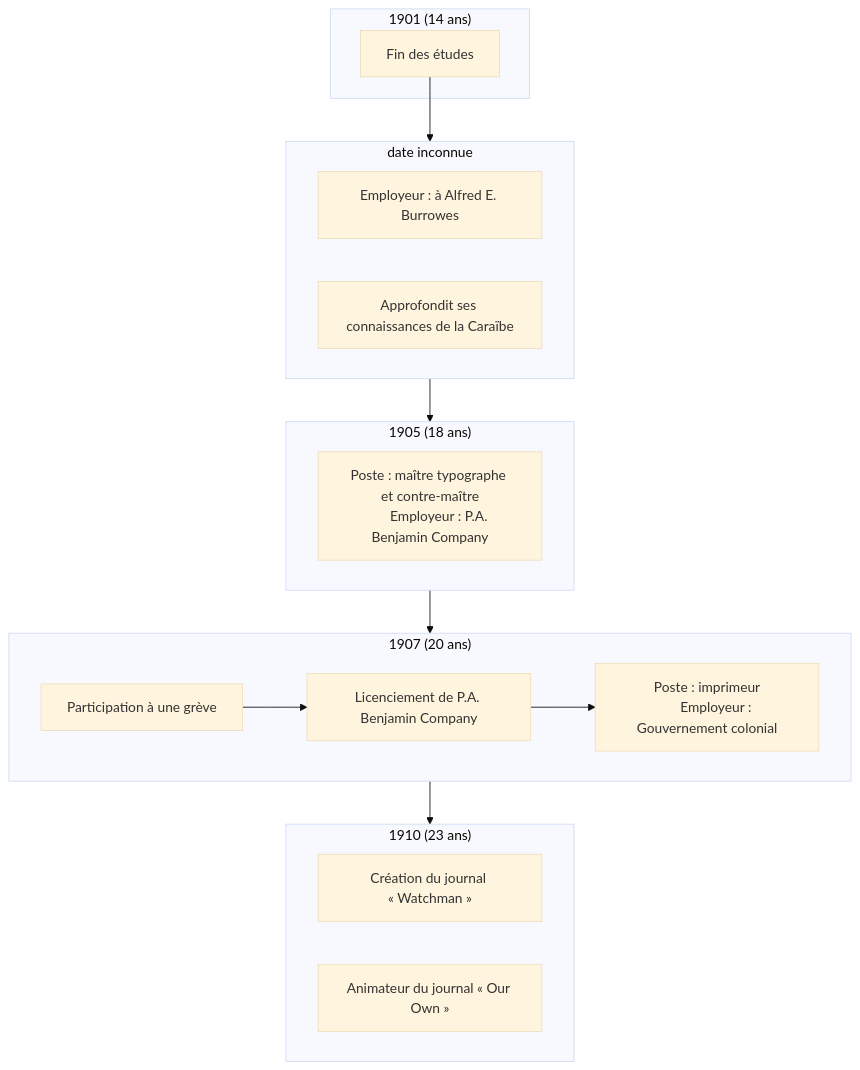
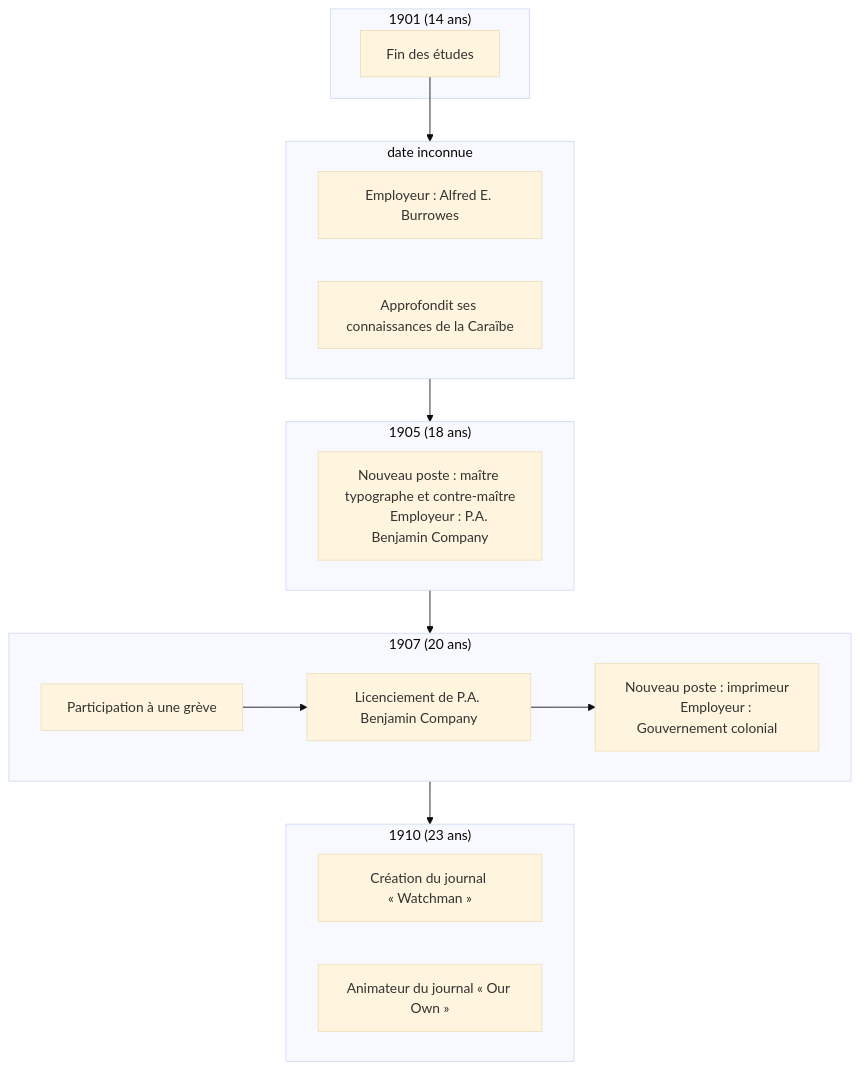
The second of 2 diagrams in en-cours/personnalite/homme/polymathe/caraibes/midi/colonie/xamayca/marcus-gavey.md (ba-moun/Ba-Moun-Save), drawn with Mermaid (base theme) before and after one commit. The commit also changed other lines of this file, not shown here.

Commit message:
docs: update en-cours/personnalite/homme/polymathe/caraibes/midi/colonie/xamayca/marcus-gavey

````diff
--- a/en-cours/personnalite/homme/polymathe/caraibes/midi/colonie/xamayca/marcus-gavey.md
+++ b/en-cours/personnalite/homme/polymathe/caraibes/midi/colonie/xamayca/marcus-gavey.md
@@ -75,35 +75,35 @@
 ```mermaid
 flowchart TB
 
    subgraph "1901 (14 ans)"
       id0["Fin des études"]
    end
    
    subgraph id2["date inconnue"]
-      id1["Employeur : à Alfred E. Burrowes"]
+      id1["Employeur : Alfred E. Burrowes"]
       id3["Approfondit ses connaissances de la Caraïbe"]
    end
    
    subgraph id4["1905 (18 ans)"]
-      id5["Poste : maître typographe et contre-maître
+      id5["Nouveau poste : maître typographe et contre-maître
       Employeur : P.A. Benjamin Company"]
    end
    
    subgraph id7["1907 (20 ans)"]
       id6["Participation à une grève"] --> id8["Licenciement de P.A. Benjamin Company"]
-      id9["Poste : imprimeur
+      id9["Nouveau poste : imprimeur
       Employeur : Gouvernement colonial"]
    end
    
    subgraph id10["1910 (23 ans)"]
       id11["Création du journal « Watchman »"]
       id12["Animateur du journal « Our Own »"]
    end
    
    id0 --> id2
    id2 --> id4
    id4 --> id7
    id8 --> id9
    id7 --> id10
 
 ```
````
